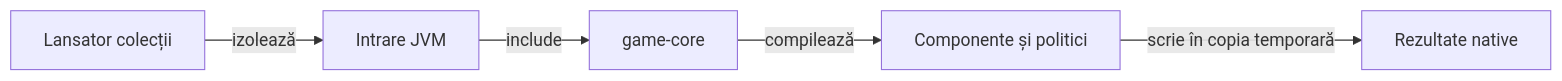
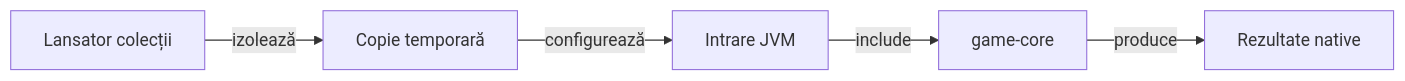
The diagram in whist-lab-app/algorithm-build/README.md (crististefanita/atf_j4), drawn with Mermaid before and after one commit. The commit also changed other lines of this file and 30 other files, not shown here.

Commit message:
Update J4 Android display and game core modules

````diff
--- a/whist-lab-app/algorithm-build/README.md
+++ b/whist-lab-app/algorithm-build/README.md
@@ -16,7 +11,7 @@
 ```mermaid
 flowchart LR
-BUILD[Intrare JVM] -->|include| CORE[game-core]
-CORE -->|compilează| TEST[Componente și politici]
-RUN[Lansator colecții] -->|izolează| BUILD
-TEST -->|scrie în copia temporară| OUT[Rezultate native]
+    RUN[Lansator colecții] -->|izolează| COPY[Copie temporară]
+    COPY -->|configurează| BUILD[Intrare JVM]
+    BUILD -->|include| CORE[game-core]
+    CORE -->|produce| RESULT[Rezultate native]
 ```
````
